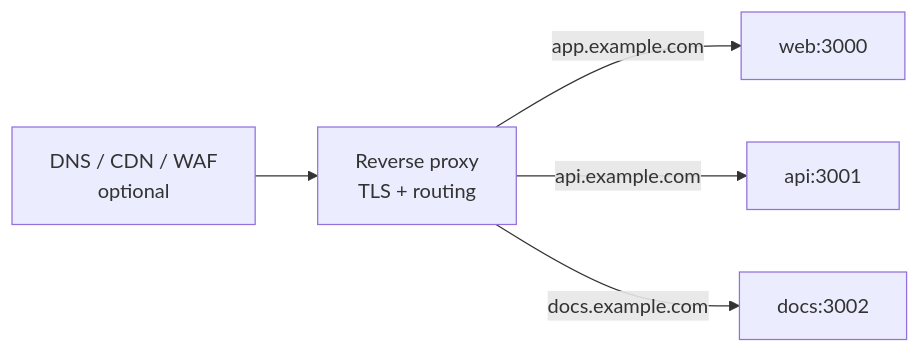
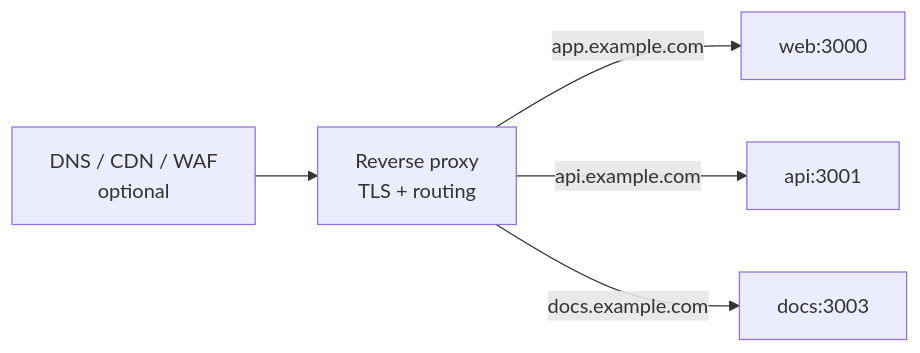
The first of 2 diagrams in docs/architecture/11-infrastructure-and-deployment.md (jleveneur/nextjs-boilerplate), drawn with Mermaid before and after one commit. The commit also changed other lines of this file and 42 other files, not shown here.

````diff
--- a/docs/architecture/11-infrastructure-and-deployment.md
+++ b/docs/architecture/11-infrastructure-and-deployment.md
@@ -131,7 +132,8 @@
 ```mermaid
 flowchart LR
     EDGE["DNS / CDN / WAF<br/>optional"] --> TR["Reverse proxy<br/>TLS + routing"]
     TR -->|"app.example.com"| WEB["web:3000"]
     TR -->|"api.example.com"| API["api:3001"]
-    TR -->|"docs.example.com"| DOCS["docs:3002"]
+    TR -->|"docs.example.com"| DOCS["docs:3003"]
+
 ```
````
